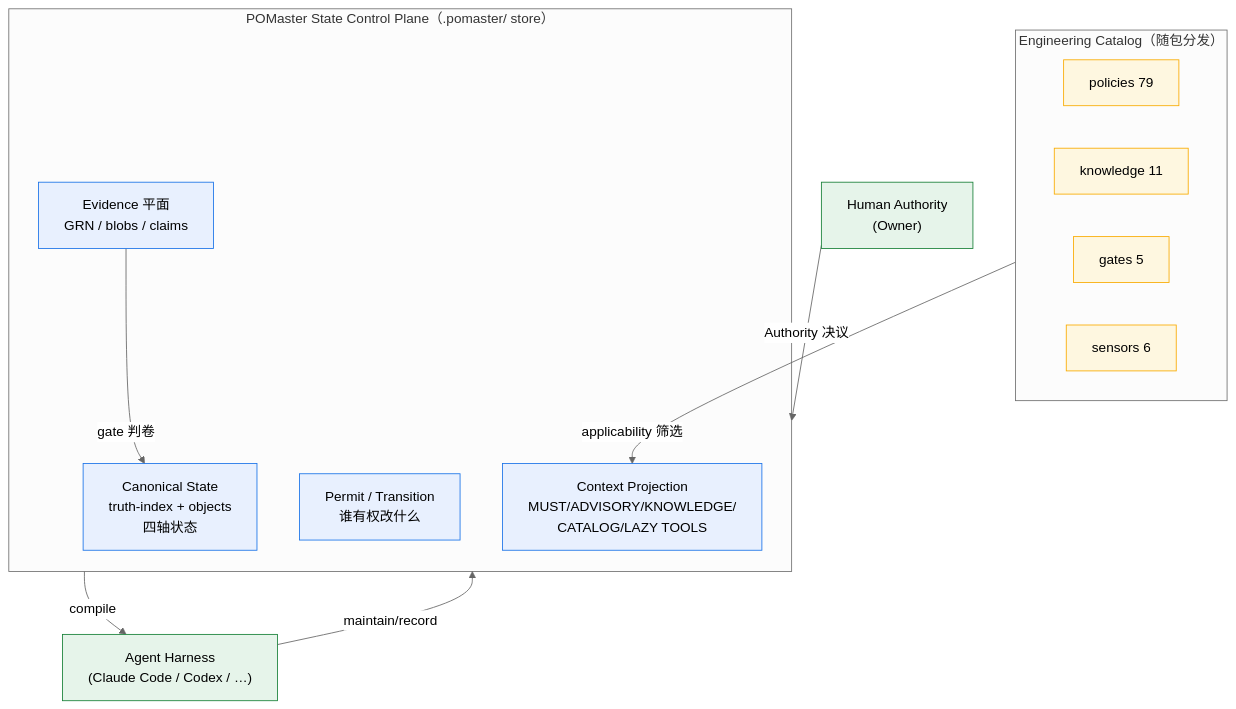
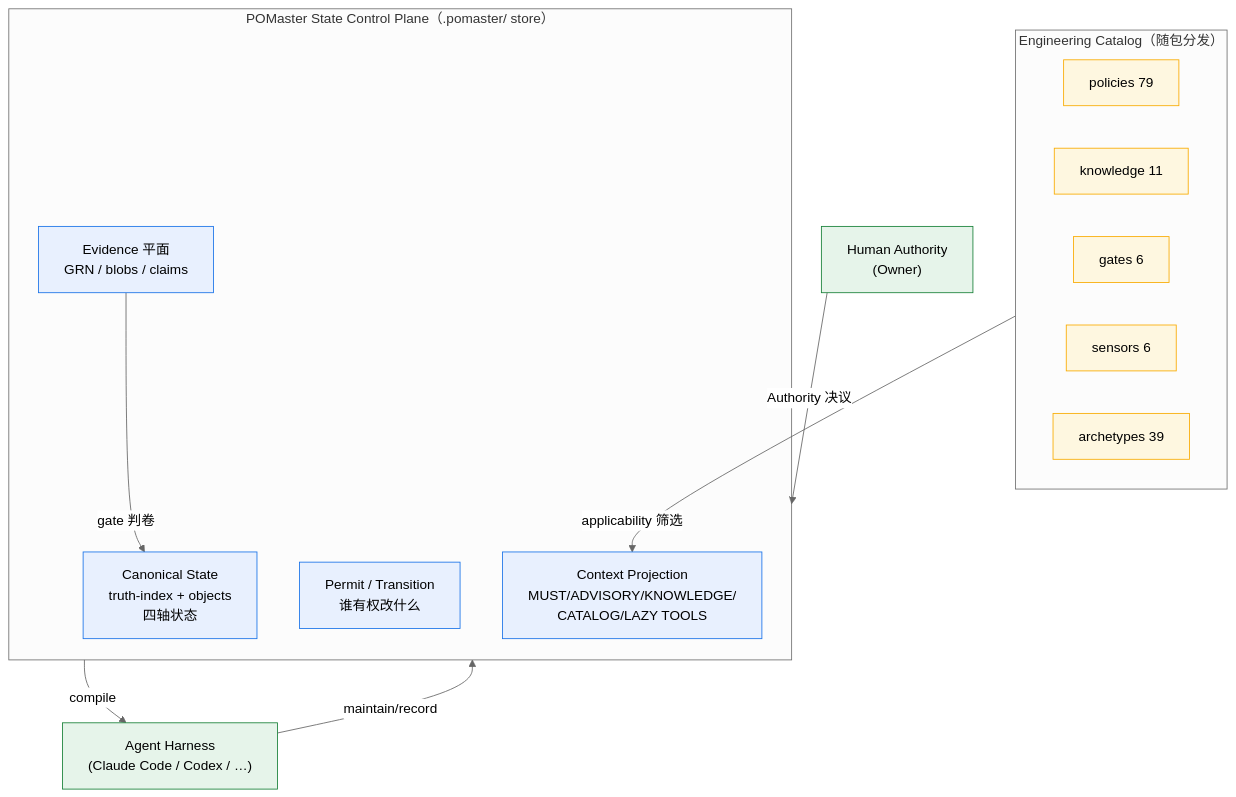
The first of 6 diagrams in README.md (River-Singer/POMaster_VNext), drawn with Mermaid (neutral theme) before and after one commit. The commit also changed 29 other files, not shown here.

````diff
--- a/README.md
+++ b/README.md
@@ -153,26 +153,27 @@
 ```mermaid
 flowchart TB
   subgraph PLANE["POMaster State Control Plane（.pomaster/ store）"]
     STATE["Canonical State<br/>truth-index + objects<br/>四轴状态"]:::core
     PERMIT["Permit / Transition<br/>谁有权改什么"]:::core
     EVI["Evidence 平面<br/>GRN / blobs / claims"]:::core
     PROJ["Context Projection<br/>MUST/ADVISORY/KNOWLEDGE/<br/>CATALOG/LAZY TOOLS"]:::core
   end
   subgraph CAT["Engineering Catalog（随包分发）"]
     POL["policies 79"]:::cat
     KN["knowledge 11"]:::cat
-    GT["gates 5"]:::cat
+    GT["gates 6"]:::cat
     SEN["sensors 6"]:::cat
+    ARC["archetypes 39"]:::cat
   end
   AGENT["Agent Harness<br/>(Claude Code / Codex / …)"]:::ext
   HUMAN["Human Authority<br/>(Owner)"]:::ext
 
   HUMAN -- Authority 决议 --> PLANE
   PLANE -- compile --> AGENT
   AGENT -- maintain/record --> PLANE
   CAT -- applicability 筛选 --> PROJ
   EVI -- gate 判卷 --> STATE
   classDef core fill:#e8f0fe,stroke:#1a73e8
   classDef cat fill:#fef7e0,stroke:#f9ab00
   classDef ext fill:#e6f4ea,stroke:#188038
 ```
````
